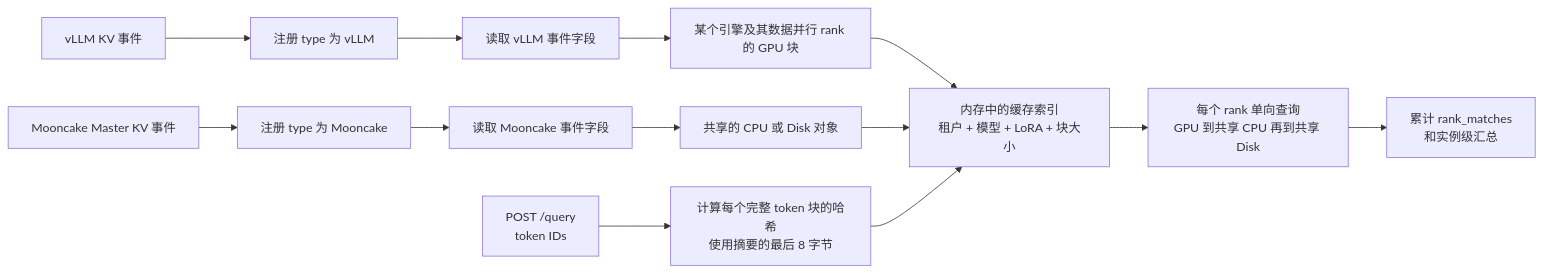
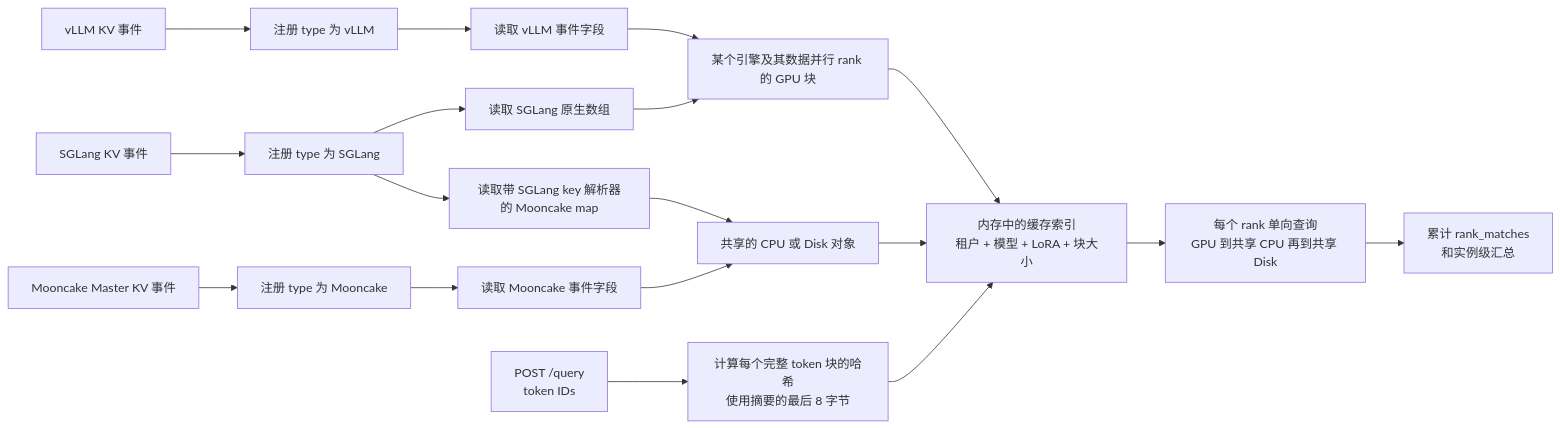
Before and after one commit to kvcache-ai/Mooncake: the diagram in docs/source/zh/design/conductor/conductor-architecture-design.md, drawn with Mermaid. The commit also changed other lines of this file and 36 other files, not shown here.

````diff
--- a/docs/source/zh/design/conductor/conductor-architecture-design.md
+++ b/docs/source/zh/design/conductor/conductor-architecture-design.md
@@ -9,15 +9,20 @@
 ```mermaid
 flowchart LR
     V["vLLM KV 事件"] --> VR["注册 type 为 vLLM"]
+    L["SGLang KV 事件"] --> LR["注册 type 为 SGLang"]
     M["Mooncake Master KV 事件"] --> MR["注册 type 为 Mooncake"]
     VR --> VD["读取 vLLM 事件字段"]
+    LR --> LD["读取 SGLang 原生数组"]
+    LR --> LM["读取带 SGLang key 解析器的 Mooncake map"]
     MR --> MD["读取 Mooncake 事件字段"]
     VD --> G["某个引擎及其数据并行 rank 的 GPU 块"]
+    LD --> G
+    LM --> S["共享的 CPU 或 Disk 对象"]
     MD --> S["共享的 CPU 或 Disk 对象"]
     G --> I["内存中的缓存索引<br/>租户 + 模型 + LoRA + 块大小"]
     S --> I
     Q["POST /query<br/>token IDs"] --> H["计算每个完整 token 块的哈希<br/>使用摘要的最后 8 字节"]
     H --> I
     I --> P["每个 rank 单向查询<br/>GPU 到共享 CPU 再到共享 Disk"]
     P --> R["累计 rank_matches<br/>和实例级汇总"]
 ```
````
